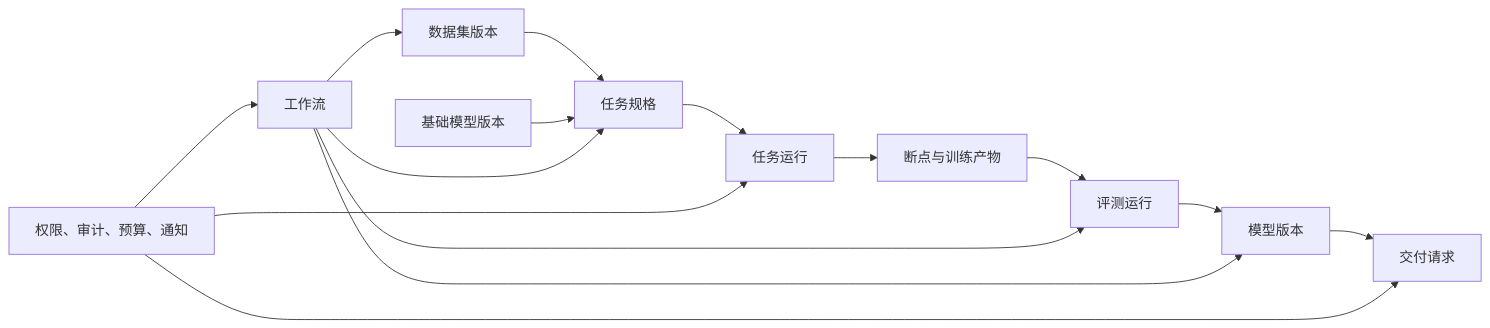
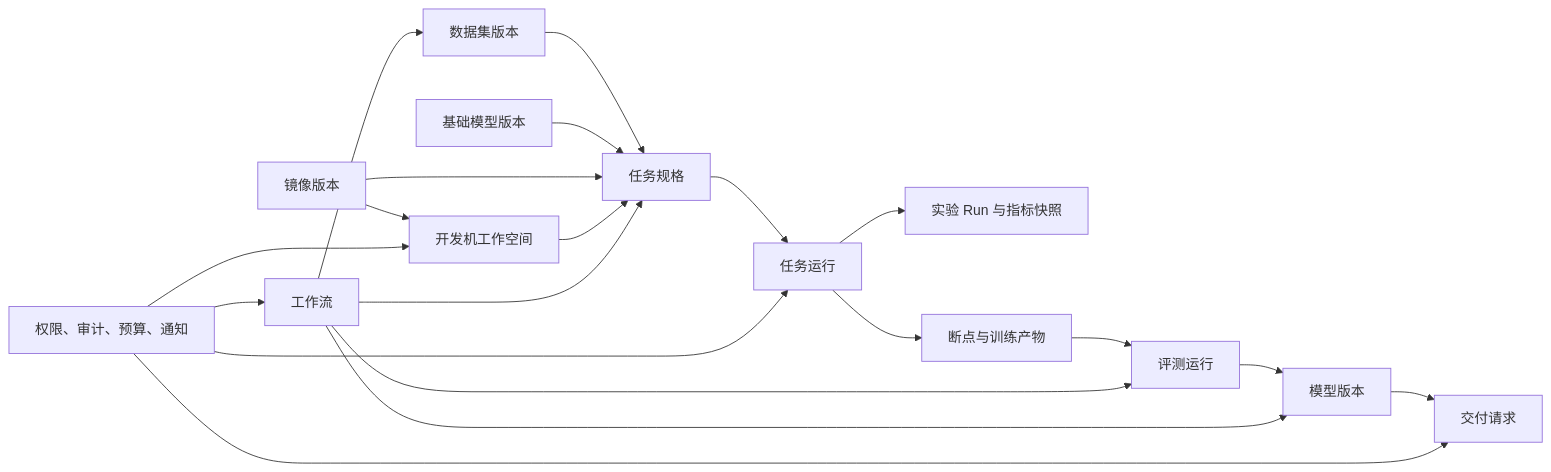
The third of 23 diagrams in docs/4-大模型训练平台需求规划梳理（草稿）.v2.md (gqcn/ltp), drawn with Mermaid before and after one commit. The commit also changed other lines of this file, not shown here.

````diff
--- a/docs/4-大模型训练平台需求规划梳理（草稿）.v2.md
+++ b/docs/4-大模型训练平台需求规划梳理（草稿）.v2.md
@@ -58,17 +70,22 @@
 ```mermaid
 flowchart LR
     dataset["数据集版本"] --> spec["任务规格"]
     base["基础模型版本"] --> spec
+    image["镜像版本"] --> workspace["开发机工作空间"]
+    image --> spec
+    workspace --> spec
     spec --> run["任务运行"]
+    run --> experiment["实验 Run 与指标快照"]
     run --> ckpt["断点与训练产物"]
     ckpt --> eval["评测运行"]
     eval --> model["模型版本"]
     model --> delivery["交付请求"]
     workflow["工作流"] --> dataset
     workflow --> spec
     workflow --> eval
     workflow --> model
     governance["权限、审计、预算、通知"] --> workflow
+    governance --> workspace
     governance --> run
     governance --> delivery
 ```
````
